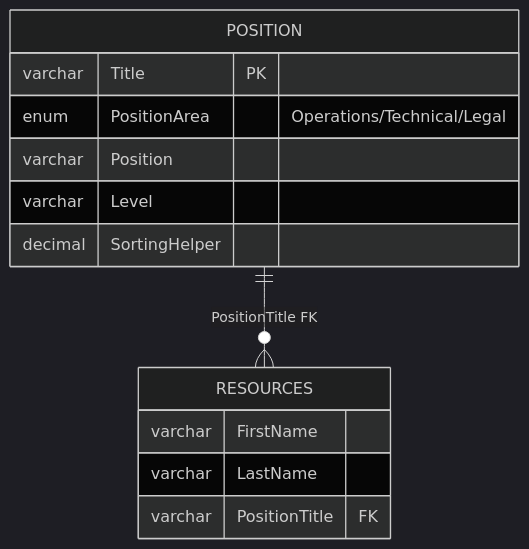
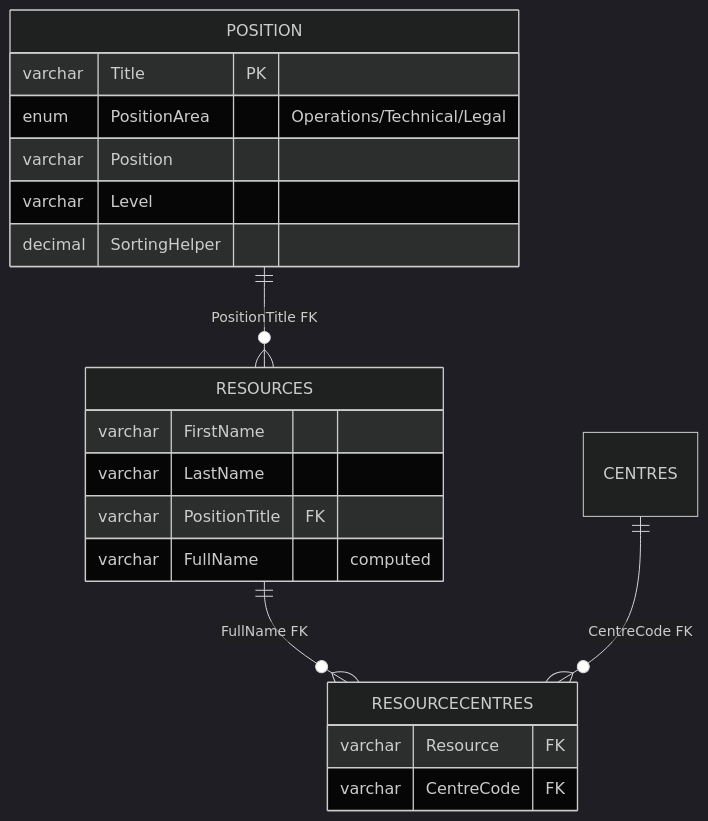
Before and after one commit to Gajol/Prioritization: the fourth of 5 diagrams in docs/management-technical-guide.md, drawn with Mermaid (dark theme). The commit also changed other lines of this file and 18 other files, not shown here.

First line of the commit message:
Add Priority Selection step and scope Resources to Centres

````diff
--- a/docs/management-technical-guide.md
+++ b/docs/management-technical-guide.md
@@ -136,17 +134,24 @@
 ```mermaid
 erDiagram
     POSITION ||--o{ RESOURCES : "PositionTitle FK"
+    RESOURCES ||--o{ RESOURCECENTRES : "FullName FK"
+    CENTRES ||--o{ RESOURCECENTRES : "CentreCode FK"
 
     POSITION {
         varchar Title PK
         enum PositionArea "Operations/Technical/Legal"
         varchar Position
         varchar Level
         decimal SortingHelper
     }
     RESOURCES {
         varchar FirstName
         varchar LastName
         varchar PositionTitle FK
+        varchar FullName "computed"
+    }
+    RESOURCECENTRES {
+        varchar Resource FK
+        varchar CentreCode FK
     }
 ```
````
